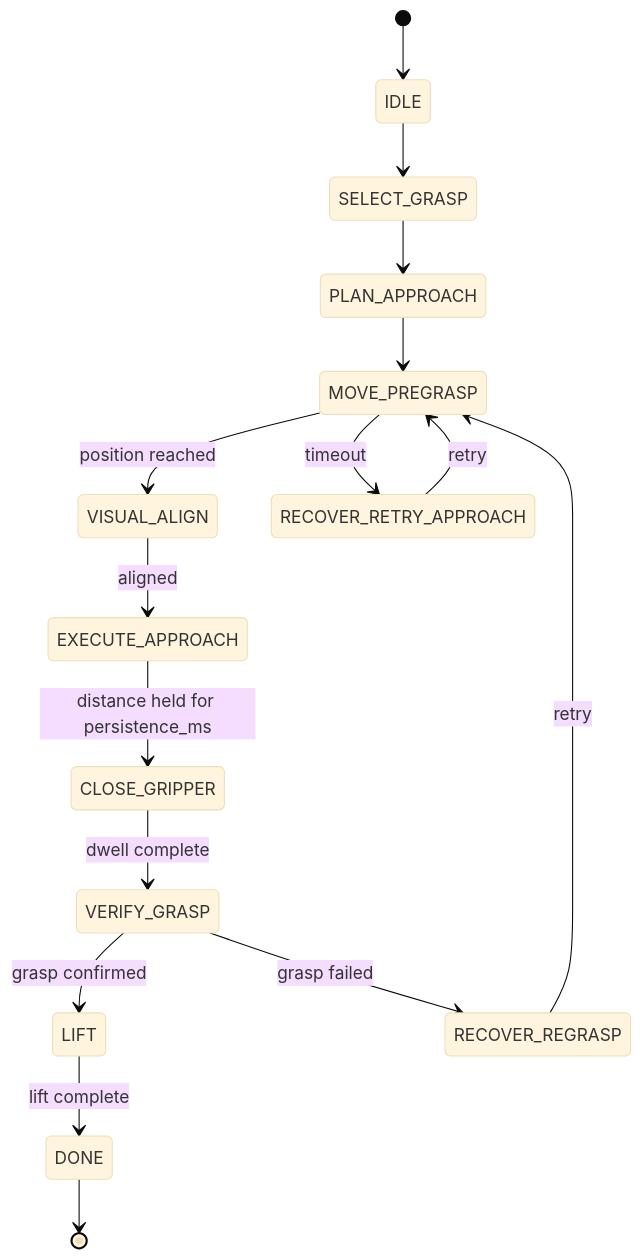
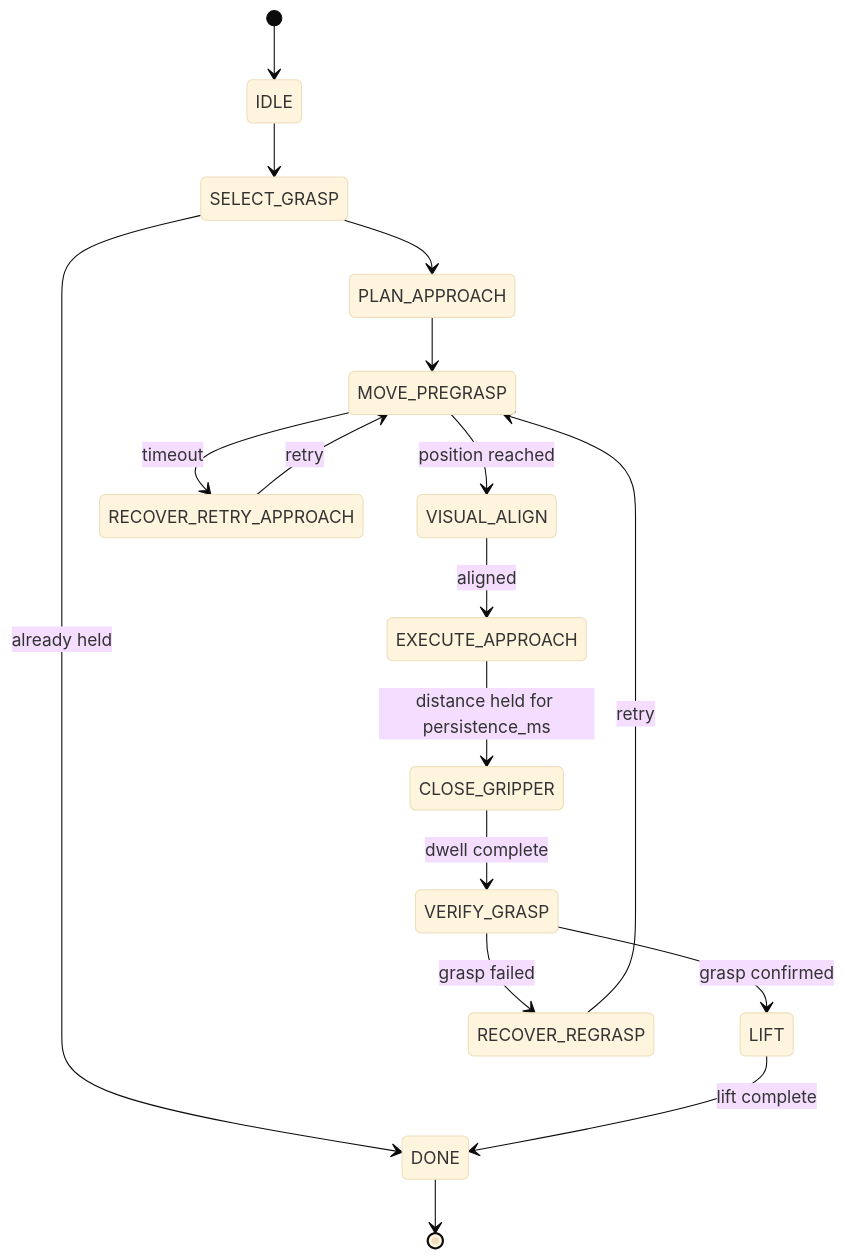
The eighth of 10 diagrams in docs/halo_architecture.md (andrei-ace/HALO), drawn with Mermaid (base theme) before and after one commit. The commit also changed other lines of this file and 5 other files, not shown here.

First line of the commit message:
feat: skip pick skill when target object is already held

````diff
--- a/docs/halo_architecture.md
+++ b/docs/halo_architecture.md
@@ -333,21 +333,22 @@
 ```mermaid
 stateDiagram-v2
     [*] --> IDLE
     IDLE --> SELECT_GRASP
     SELECT_GRASP --> PLAN_APPROACH
+    SELECT_GRASP --> DONE : already held
     PLAN_APPROACH --> MOVE_PREGRASP
 
     MOVE_PREGRASP --> VISUAL_ALIGN : position reached
     MOVE_PREGRASP --> RECOVER_RETRY_APPROACH : timeout
 
     VISUAL_ALIGN --> EXECUTE_APPROACH : aligned
     EXECUTE_APPROACH --> CLOSE_GRIPPER : distance held for persistence_ms
     CLOSE_GRIPPER --> VERIFY_GRASP : dwell complete
     VERIFY_GRASP --> LIFT : grasp confirmed
     VERIFY_GRASP --> RECOVER_REGRASP : grasp failed
     LIFT --> DONE : lift complete
 
     RECOVER_RETRY_APPROACH --> MOVE_PREGRASP : retry
     RECOVER_REGRASP --> MOVE_PREGRASP : retry
     DONE --> [*]
 ```
````
